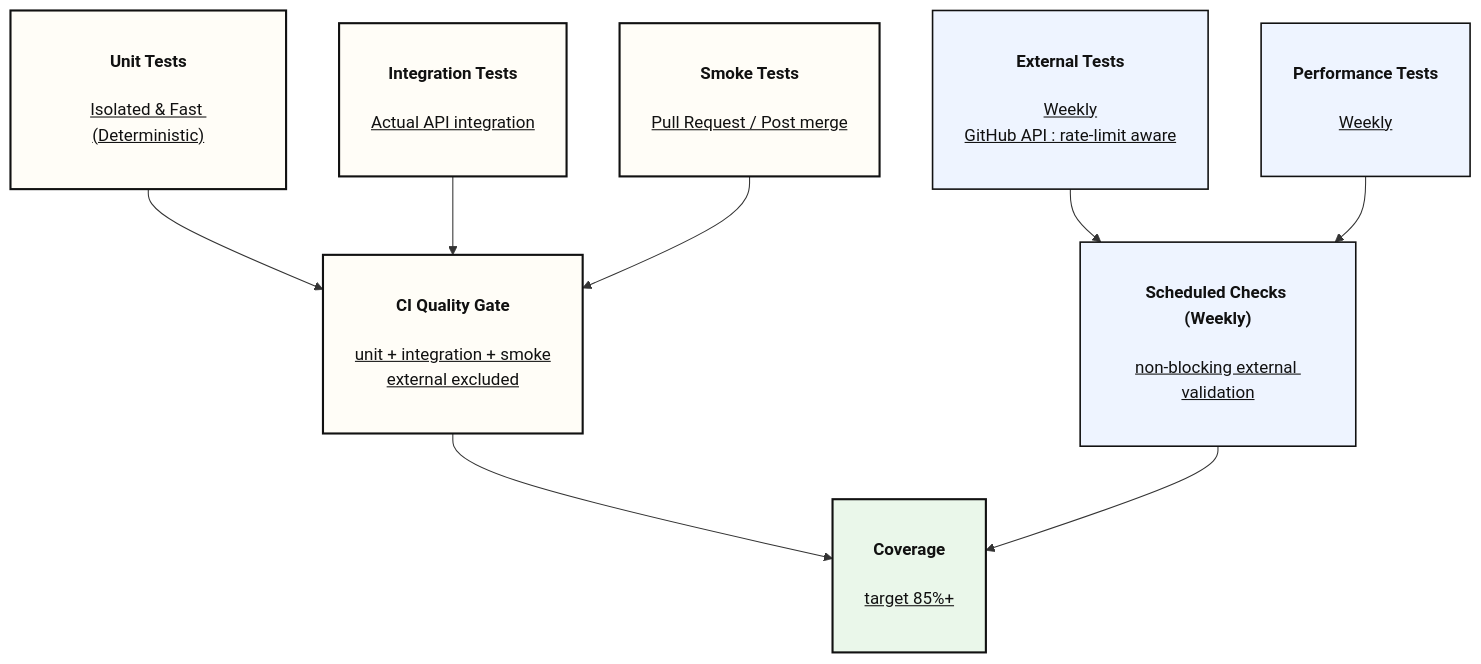
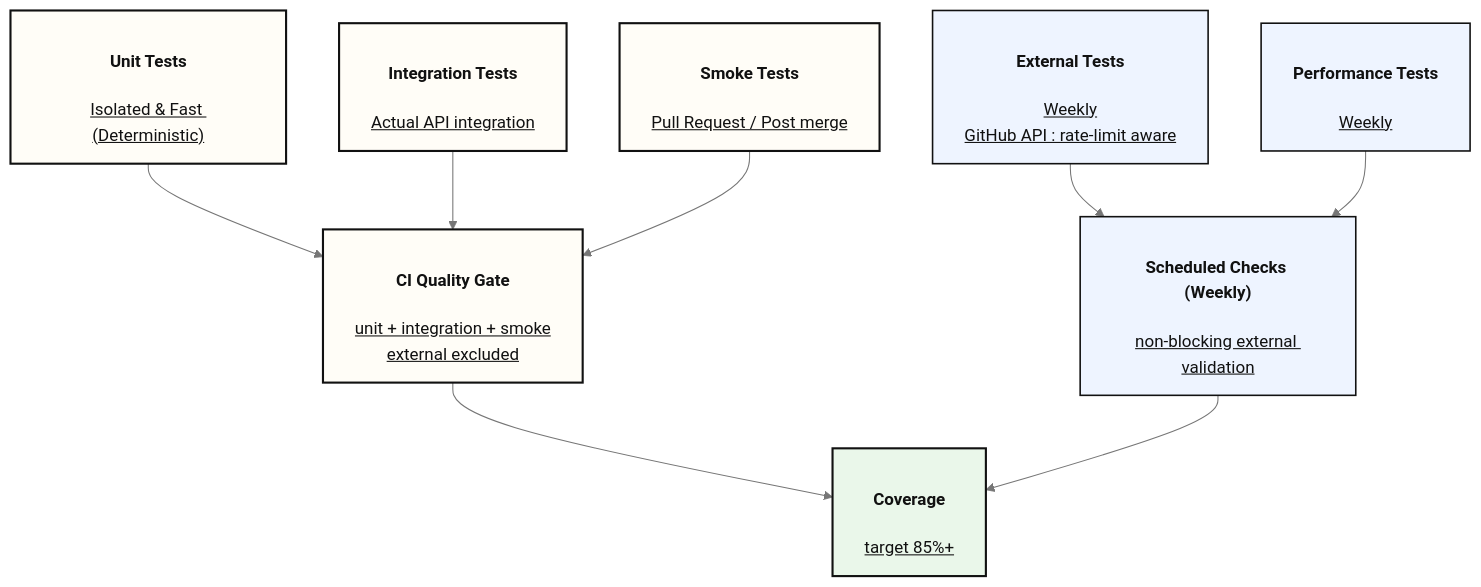
One commit to yaoki-dev/api-test-devops-portfolio changed the third of 4 diagrams in README.md. Above: the diagram before and after it, drawn with Mermaid. The commit also changed other lines of this file and 3 other files, not shown here.

First line of the commit message:
docs(readme): mermaid図のノードラベル改行位置を調整 (#641)

````diff
--- a/README.md
+++ b/README.md
@@ -128,36 +148,40 @@
 ```mermaid
+---
+config:
+  theme: base
+  themeVariables:
+    primaryColor: '#F7F3EA'
+    primaryTextColor: '#111111'
+    primaryBorderColor: '#111111'
+    lineColor: '#767676'
+    titleColor: '#111111'
+    edgeLabelBackground: '#FFFDF7'
+    textColor: '#111111'
+---
 flowchart TD
-    A["<h4>Unit Tests</h4><u>Isolated & Fast (Deterministic)</u>
-    <br/>"]
-    B["<h4>Integration Tests</h4><u>Actual API integration</u>
-    <br/>"]
-    G["<h4>Smoke Tests</h4><u>Pull Request / Post merge</u>
-    <br/>"]
+    A["<h4>Unit Tests</h4><u>Isolated & Fast (Deterministic)</u>"]
+    B["<h4>Integration Tests</h4><u>Actual API integration</u>"]
+    G["<h4>Smoke Tests</h4><u>Pull Request / Post merge</u>"]
 
-    A --> C["<h4>CI Quality Gate</h4><u>unit + integration + smoke<br/>external excluded</u>
-    <br/>"]
+    A --> C["<h4>CI Quality Gate</h4><u>unit + integration + smoke<br/>external excluded</u>"]
     B --> C
     G --> C
 
-    D["<h4>External Tests</h4><u>Weekly<br/>GitHub API : rate-limit aware</u>
-    <br/>"]
-    F["<h4>Performance Tests</h4><u>Weekly</u>
-    <br/>"]
+    D["<h4>External Tests</h4><u>Weekly<br/>GitHub API : rate-limit aware</u>"]
+    F["<h4>Performance Tests</h4><u>Weekly</u>"]
 
-    D --> E["<h4>Scheduled Checks (Weekly)</h4><u>non-blocking external validation</u>
-    <br/>"]
+    D --> E["<h4>Scheduled Checks (Weekly)</h4><u>non-blocking external validation</u>"]
     F --> E
 
-    C --> H["<h4>Coverage</h4><u>target 85%+</u>
-    <br/>"]
+    C --> H["<h4>Coverage</h4><u>target 85%+</u>"]
     E --> H
 
     classDef default fill:#F7F3EA,stroke:#111,stroke-width:1.5px,color:#111;
     classDef key fill:#FFFDF7,stroke:#111,stroke-width:2px,color:#111;
     classDef support fill:#EEF4FF,stroke:#111,stroke-width:1.5px,color:#111;
     classDef metric fill:#EAF7EA,stroke:#111,stroke-width:2px,color:#111;
 
     class A,B,C,G key;
     class D,E,F support;
     class H metric;
 ```
````
